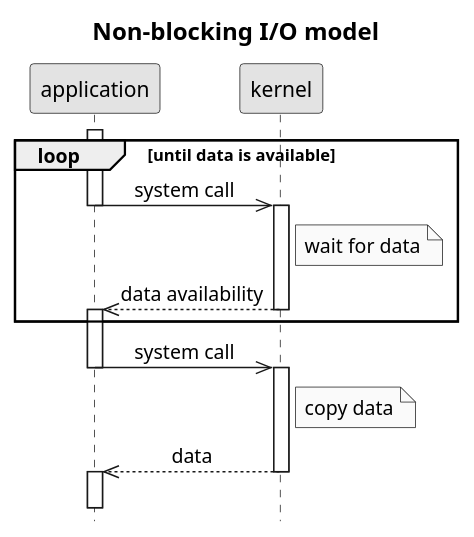
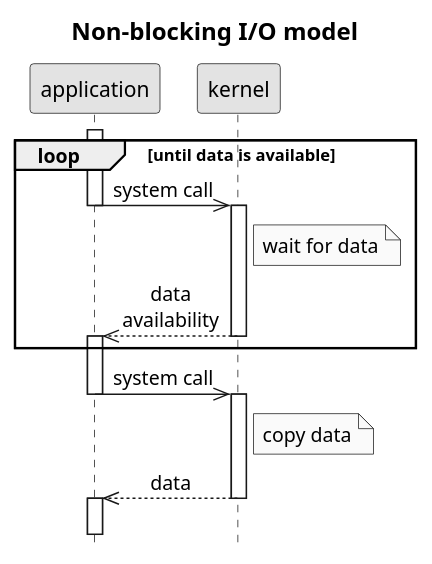
The diagram in .images/non-blocking IO model.puml (c0p4c4b4n4/demo-sockets-io-nio-nio2), drawn with PlantUML before and after one commit. The commit also changed 1 other file, not shown here.

```diff
--- a/.images/non-blocking IO model.puml
+++ b/.images/non-blocking IO model.puml
@@ -1,25 +1,25 @@
 @startuml
 title Non-blocking I/O model
 hide footbox
 skinparam monochrome true
 skinparam titleFontSize 16
 skinparam sequenceMessageAlign center
 activate application
 loop until data is available
     application->>kernel: system call
     deactivate application
     activate kernel
     Note right of kernel: wait for data
-    kernel-->>application: data availability
+    kernel-->>application: data\navailability
     deactivate kernel
     activate application
 end
 application->>kernel: system call
 deactivate application
 activate kernel
 Note right of kernel: copy data
 kernel-->>application: data
 deactivate kernel
 activate application
 ||15||
 @enduml
```
